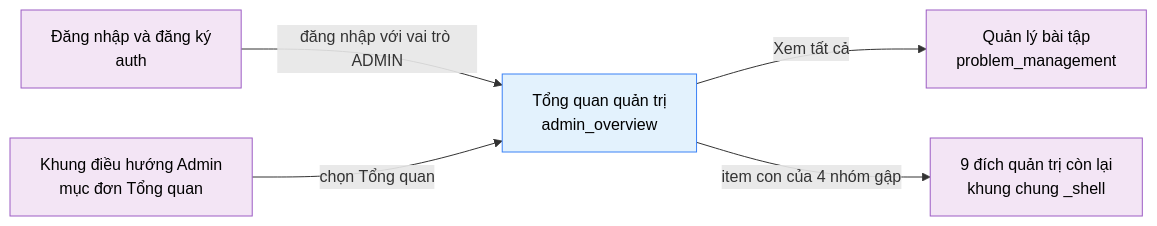
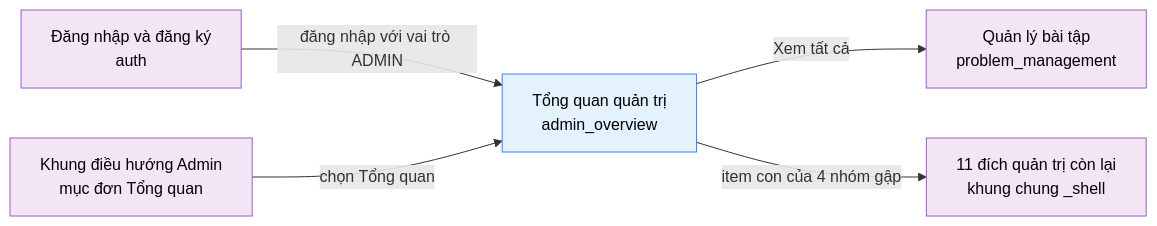
One commit to daiphu1801/PRJ_ALGOPREP changed the diagram in 02-bd/screens/admin/ADM0101_overview.md. Above: the diagram before and after it, drawn with Mermaid. The commit also changed other lines of this file and 458 other files, not shown here.

````diff
--- a/02-bd/screens/admin/ADM0101_overview.md
+++ b/02-bd/screens/admin/ADM0101_overview.md
@@ -134,13 +136,13 @@
 ```mermaid
 flowchart LR
     auth["Đăng nhập và đăng ký<br/>auth"] -->|"đăng nhập với vai trò ADMIN"| main["Tổng quan quản trị<br/>admin_overview"]
     nav["Khung điều hướng Admin<br/>mục đơn Tổng quan"] -->|"chọn Tổng quan"| main
     main -->|"Xem tất cả"| pm["Quản lý bài tập<br/>problem_management"]
-    main -->|"item con của 4 nhóm gập"| others["9 đích quản trị còn lại<br/>khung chung _shell"]
+    main -->|"item con của 4 nhóm gập"| others["11 đích quản trị còn lại<br/>khung chung _shell"]
 
     classDef source fill:#F3E5F5,stroke:#9C5CC4,color:#000
     classDef screen fill:#E3F2FD,stroke:#3B82F6,color:#000
 
     class auth,nav,pm,others source
     class main screen
 ```
````
